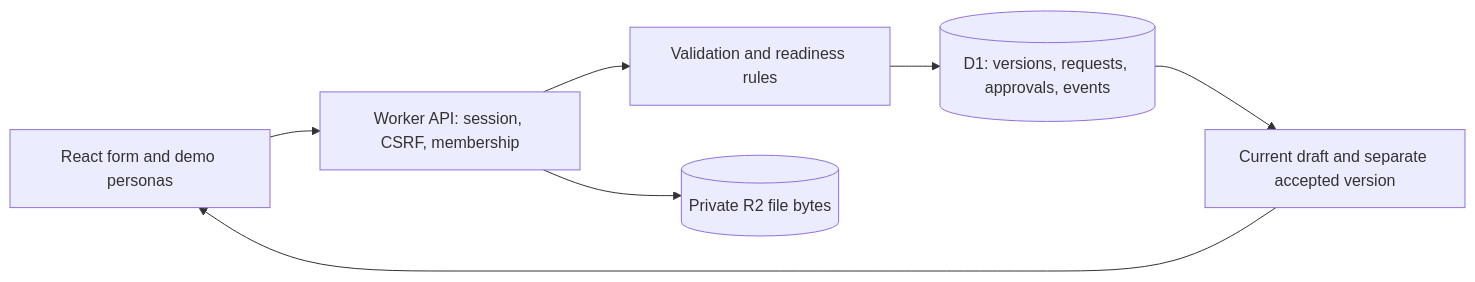
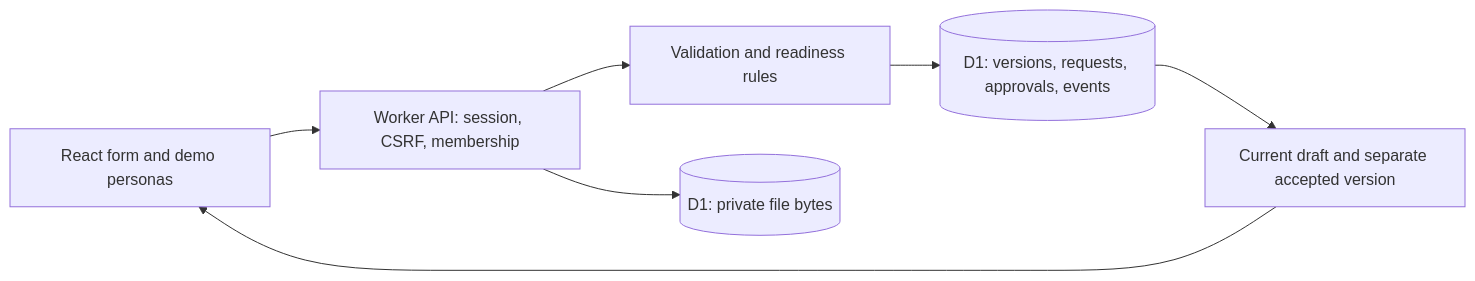
Before and after one commit to mosalah-77/onboarding-portal: the diagram in README.md, drawn with Mermaid. The commit also changed other lines of this file and 7 other files, not shown here.

````diff
--- a/README.md
+++ b/README.md
@@ -64,9 +76,9 @@
 ```mermaid
 flowchart LR
   UI[React form and demo personas] --> API[Worker API: session, CSRF, membership]
   API --> RULES[Validation and readiness rules]
   RULES --> SQL[(D1: versions, requests, approvals, events)]
-  API --> FILES[(Private R2 file bytes)]
+  API --> FILES[(D1: private file bytes)]
   SQL --> VIEW[Current draft and separate accepted version]
   VIEW --> UI
 ```
````
